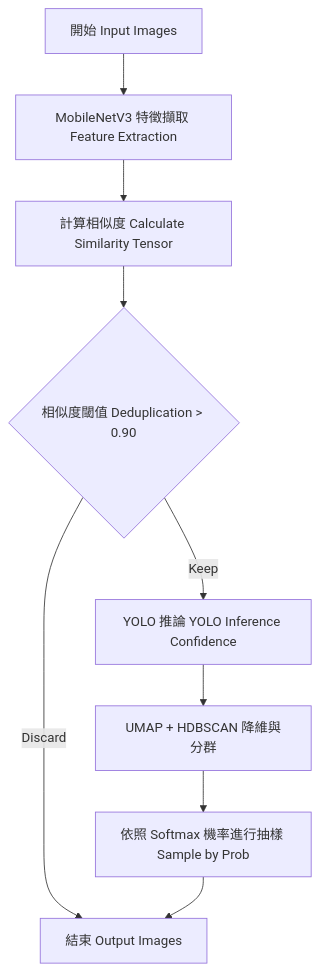
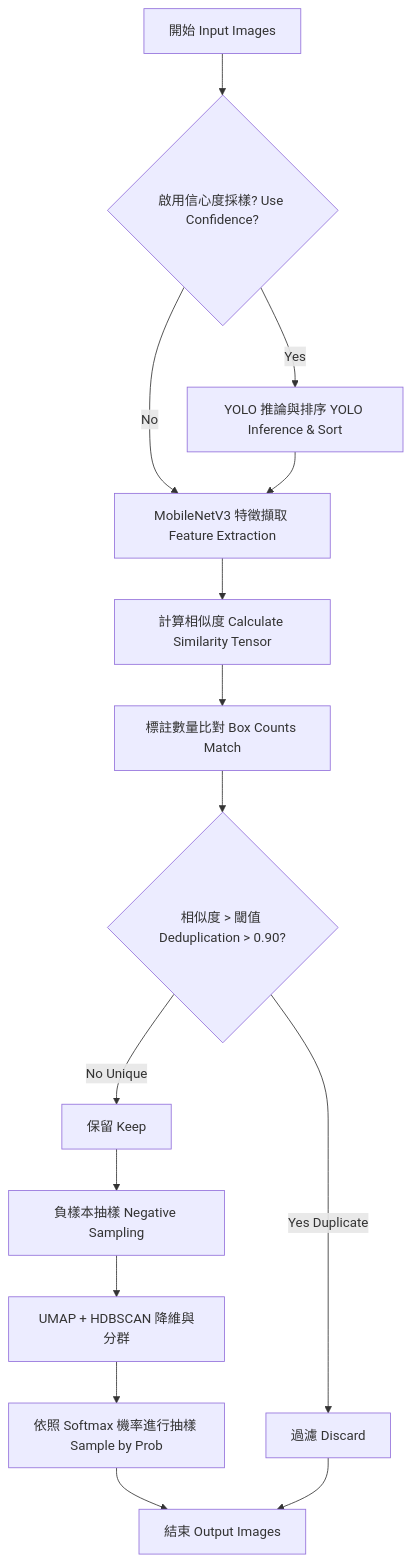
The diagram in Tools/sampling/detail/SAMPLING_DETAILS_zh.md (leo2783/Traffic-Violation-Reporting-Automation-TVRA), drawn with Mermaid before and after one commit. The commit also changed 10 other files, not shown here.

````diff
--- a/Tools/sampling/detail/SAMPLING_DETAILS_zh.md
+++ b/Tools/sampling/detail/SAMPLING_DETAILS_zh.md
@@ -19,11 +19,19 @@
 ```mermaid
 graph TD
-    A[開始 Input Images] --> B[MobileNetV3 特徵擷取 Feature Extraction]
-    B --> C[計算相似度 Calculate Similarity Tensor]
-    C --> D{相似度閾值 Deduplication > 0.90}
-    D -- Discard --> H[結束 Output Images]
-    D -- Keep --> E[YOLO 推論 YOLO Inference Confidence]
-    E --> F[UMAP + HDBSCAN 降維與分群]
-    F --> G[依照 Softmax 機率進行抽樣 Sample by Prob]
-    G --> H
+    A[開始 Input Images] --> B{啟用信心度採樣? Use Confidence?}
+    B -- Yes --> C[YOLO 推論與排序 YOLO Inference & Sort]
+    B -- No --> D[MobileNetV3 特徵擷取 Feature Extraction]
+    C --> D
+    D --> E[計算相似度 Calculate Similarity Tensor]
+    E --> F[標註數量比對 Box Counts Match]
+    F --> G{相似度 > 閾值 Deduplication > 0.90?}
+    G -- Yes Duplicate --> H[過濾 Discard]
+    G -- No Unique --> I[保留 Keep]
+    
+    %% 抽樣階段 Sampling phase (sampling.py)
+    I --> J[負樣本抽樣 Negative Sampling]
+    J --> K[UMAP + HDBSCAN 降維與分群]
+    K --> L[依照 Softmax 機率進行抽樣 Sample by Prob]
+    L --> M[結束 Output Images]
+    H --> M
 ```
````
